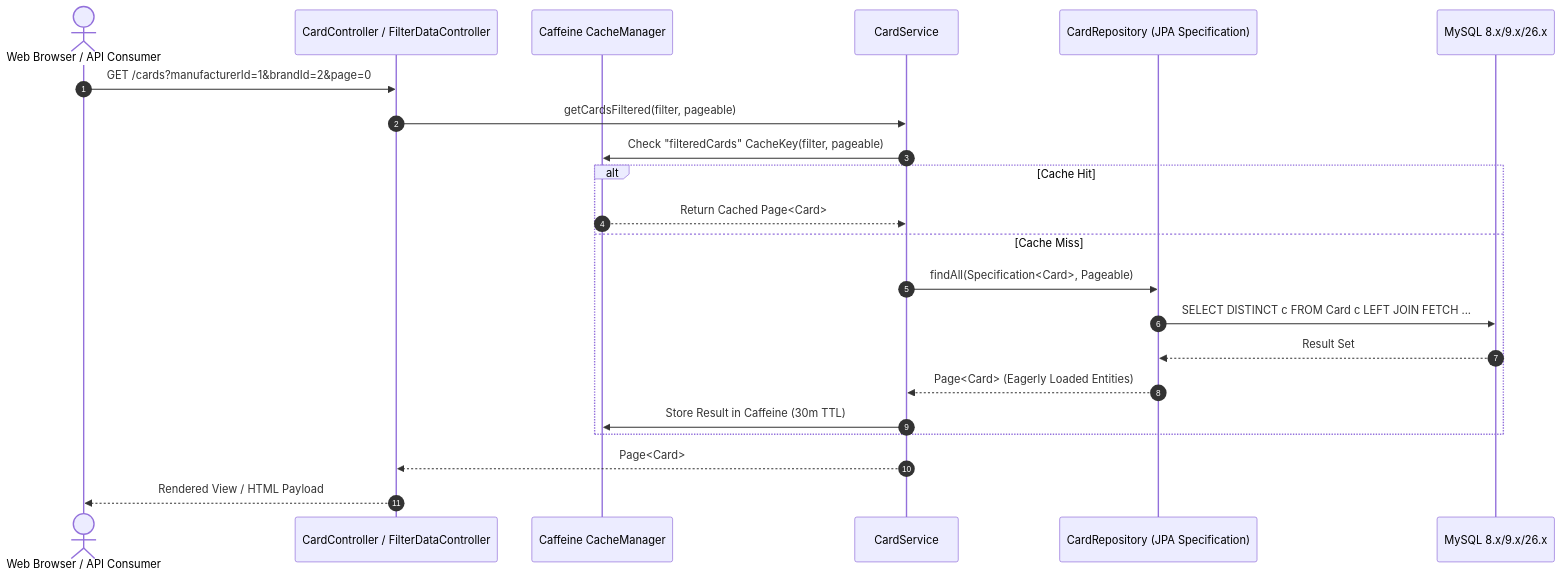
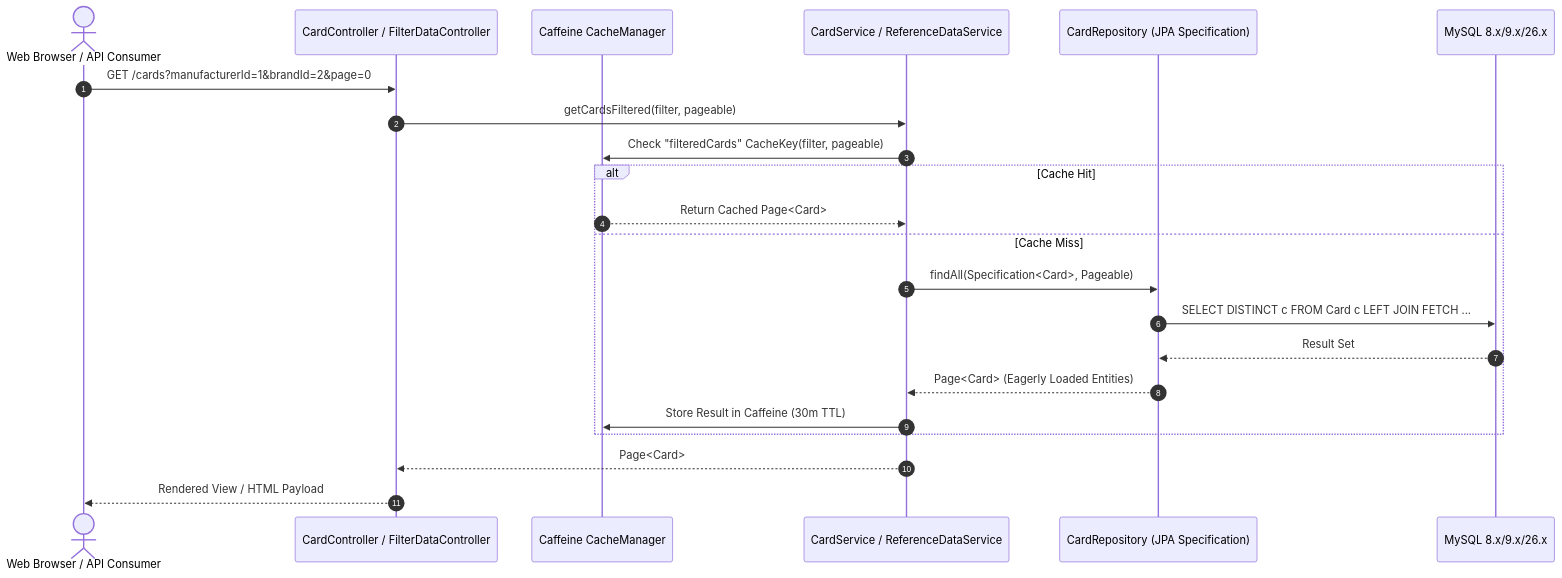
The third of 5 diagrams in ARCHITECTURE.md (AndreasBild/card-collection), drawn with Mermaid before and after one commit. The commit also changed other lines of this file and 8 other files, not shown here.

Commit message:
refactor(service): split reference-data lookups out of CardService

````diff
--- a/ARCHITECTURE.md
+++ b/ARCHITECTURE.md
@@ -167,25 +167,25 @@
 ```mermaid
 sequenceDiagram
     autonumber
     actor Client as Web Browser / API Consumer
     participant Ctrl as CardController / FilterDataController
     participant Cache as Caffeine CacheManager
-    participant Srv as CardService
+    participant Srv as CardService / ReferenceDataService
     participant Repo as CardRepository (JPA Specification)
     participant DB as MySQL 8.x/9.x/26.x
 
     Client->>Ctrl: GET /cards?manufacturerId=1&brandId=2&page=0
     Ctrl->>Srv: getCardsFiltered(filter, pageable)
     Srv->>Cache: Check "filteredCards" CacheKey(filter, pageable)
     alt Cache Hit
         Cache-->>Srv: Return Cached Page<Card>
     else Cache Miss
         Srv->>Repo: findAll(Specification<Card>, Pageable)
         Repo->>DB: SELECT DISTINCT c FROM Card c LEFT JOIN FETCH ...
         DB-->>Repo: Result Set
         Repo-->>Srv: Page<Card> (Eagerly Loaded Entities)
         Srv->>Cache: Store Result in Caffeine (30m TTL)
     end
     Srv-->>Ctrl: Page<Card>
     Ctrl-->>Client: Rendered View / HTML Payload
 ```
````
